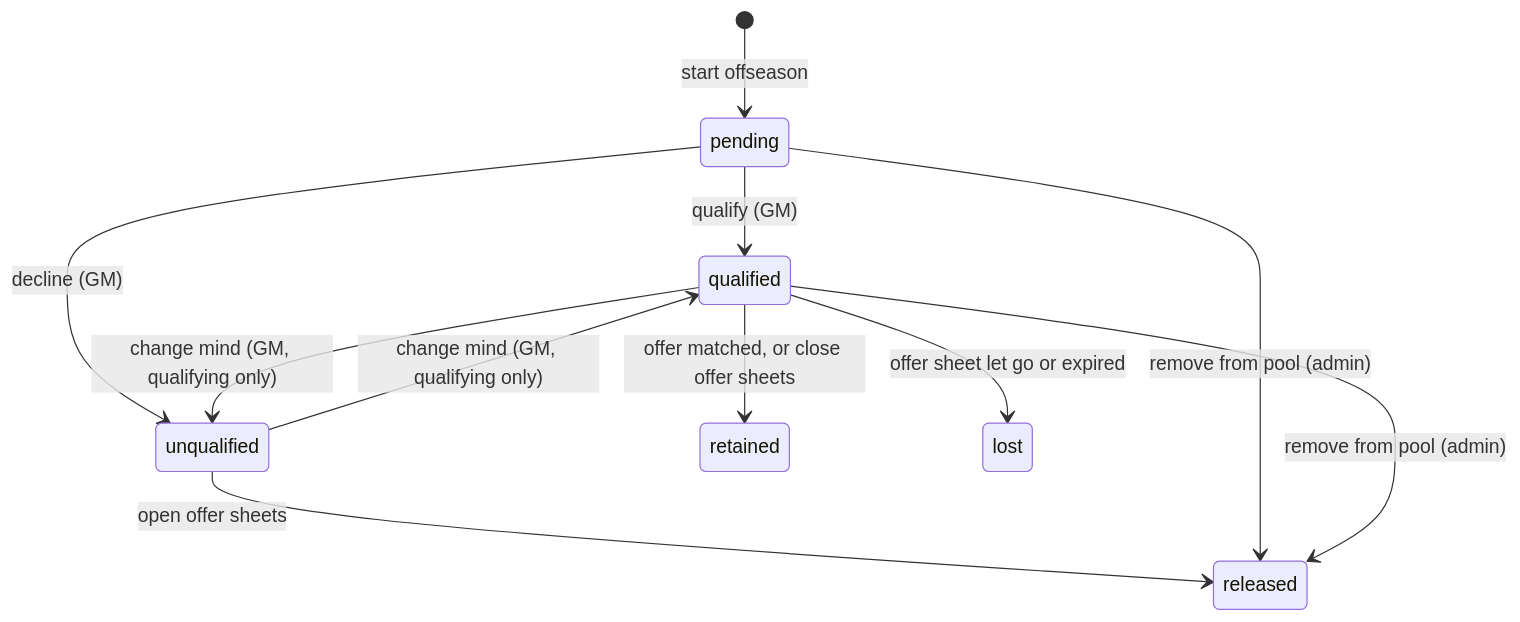
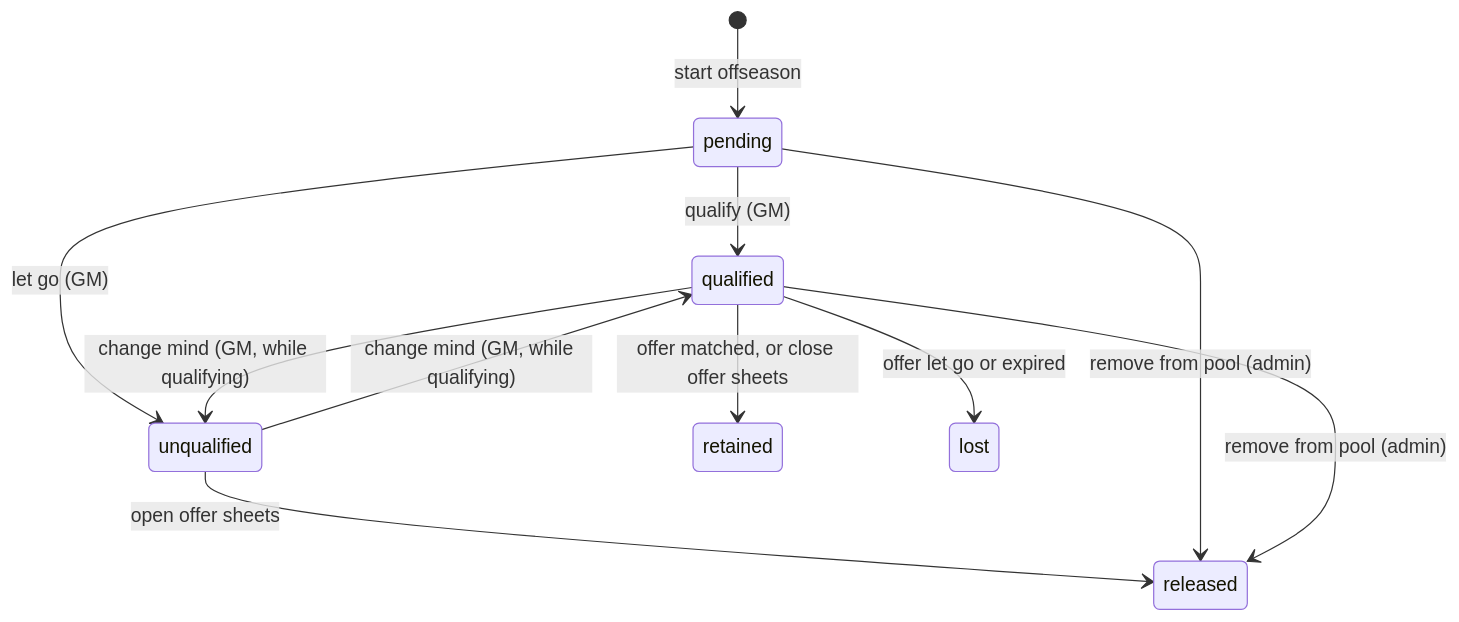
Before and after one commit to foreverhomes/cfl-manager: the second of 4 diagrams in docs/offseason-plan.md, drawn with Mermaid. The commit also changed other lines of this file and 1 other file, not shown here.

````diff
--- a/docs/offseason-plan.md
+++ b/docs/offseason-plan.md
@@ -252,13 +291,13 @@
 ```mermaid
 stateDiagram-v2
     [*] --> pending: start offseason
     pending --> qualified: qualify (GM)
-    pending --> unqualified: decline (GM)
-    qualified --> unqualified: change mind (GM, qualifying only)
-    unqualified --> qualified: change mind (GM, qualifying only)
+    pending --> unqualified: let go (GM)
+    qualified --> unqualified: change mind (GM, while qualifying)
+    unqualified --> qualified: change mind (GM, while qualifying)
     unqualified --> released: open offer sheets
     qualified --> retained: offer matched, or close offer sheets
-    qualified --> lost: offer sheet let go or expired
+    qualified --> lost: offer let go or expired
     pending --> released: remove from pool (admin)
     qualified --> released: remove from pool (admin)
 ```
````
